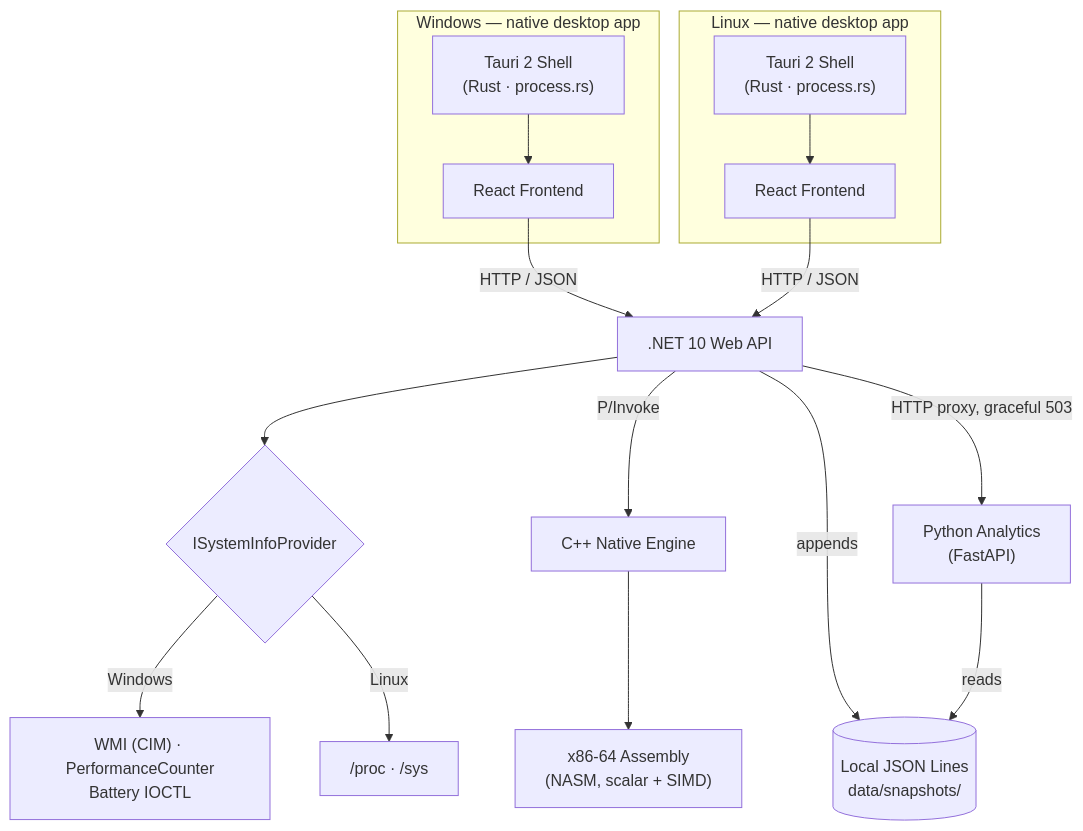
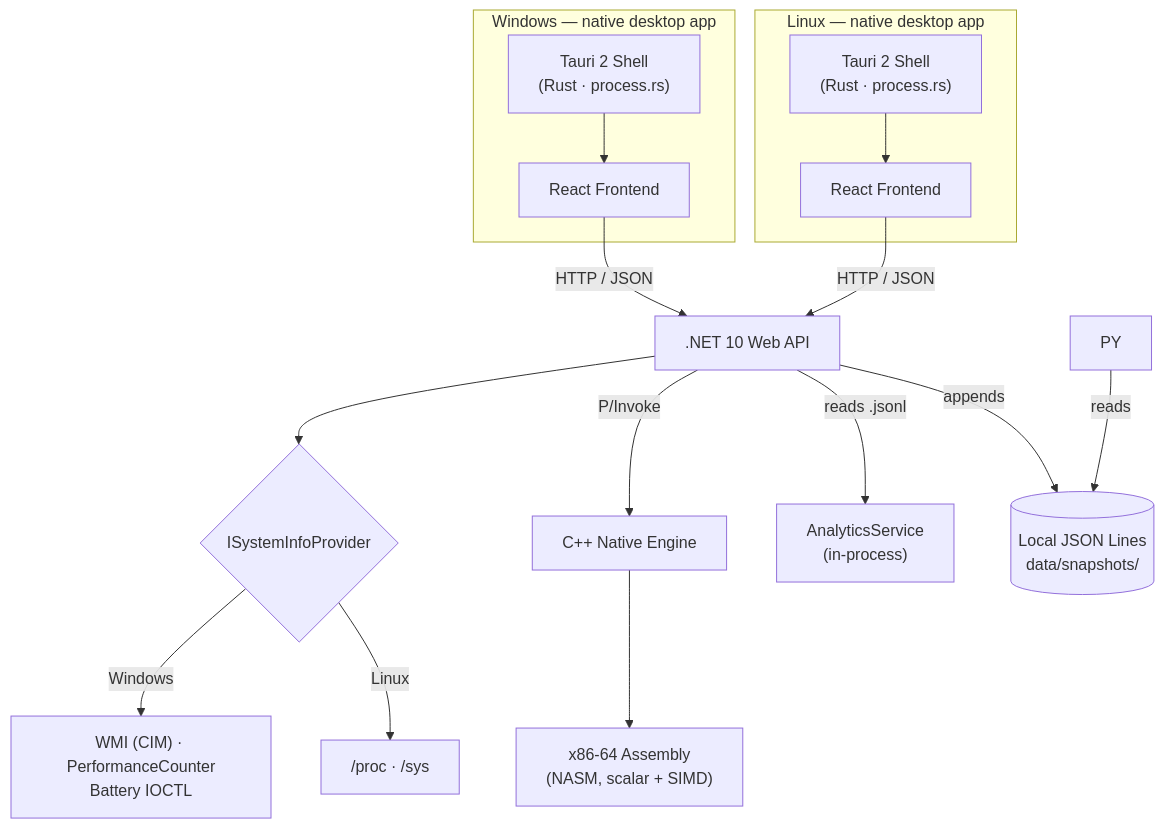
Before and after one commit to VipulSharma143/System-Info: the diagram in README.md, drawn with Mermaid. The commit also changed other lines of this file and 78 other files, not shown here.

````diff
--- a/README.md
+++ b/README.md
@@ -46,21 +46,21 @@
 ```mermaid
 flowchart TB
     subgraph Windows["Windows — native desktop app"]
         TW["Tauri 2 Shell\n(Rust · process.rs)"] --> FEW[React Frontend]
     end
     subgraph Linux["Linux — native desktop app"]
         TL["Tauri 2 Shell\n(Rust · process.rs)"] --> FEL[React Frontend]
     end
 
     FEW -- "HTTP / JSON" --> API[".NET 10 Web API"]
     FEL -- "HTTP / JSON" --> API
 
     API --> PROV{ISystemInfoProvider}
     PROV -->|Windows| WINP["WMI (CIM) · PerformanceCounter\nBattery IOCTL"]
     PROV -->|Linux| LINP["/proc · /sys"]
 
     API -- "P/Invoke" --> CPP["C++ Native Engine"] --> ASM["x86-64 Assembly\n(NASM, scalar + SIMD)"]
-    API -- "HTTP proxy, graceful 503" --> PY["Python Analytics\n(FastAPI)"]
+    API -- "reads .jsonl" --> AN["AnalyticsService\n(in-process)"]
     API -- "appends" --> STORE[("Local JSON Lines\ndata/snapshots/")]
     PY -- "reads" --> STORE
 ```
````
